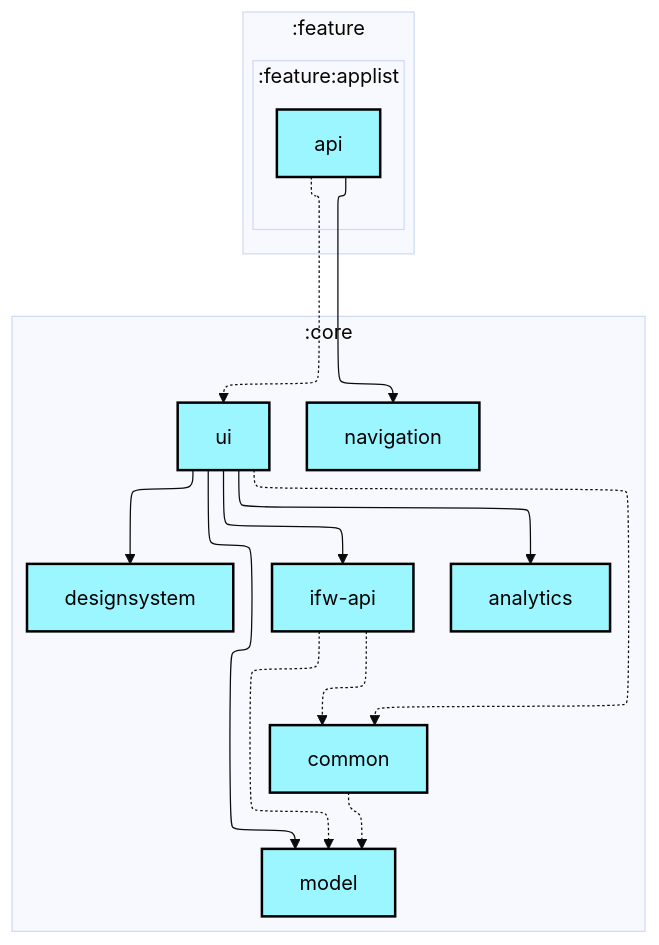
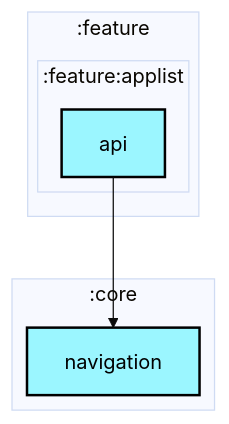
Before and after one commit to lihenggui/blocker: the first of 2 diagrams in feature/applist/api/README.md, drawn with Mermaid (base theme). The commit also changed 29 other files, not shown here.

First line of the commit message:
Update module dependency graphs after boundary cleanup

````diff
--- a/feature/applist/api/README.md
+++ b/feature/applist/api/README.md
@@ -6,44 +6,29 @@
 ```mermaid
 ---
 config:
   layout: elk
   elk:
     nodePlacementStrategy: SIMPLE
 ---
 graph TB
   subgraph :feature
     direction TB
     subgraph :feature:applist
       direction TB
       :feature:applist:api[api]:::android-library
     end
   end
   subgraph :core
     direction TB
-    :core:analytics[analytics]:::android-library
-    :core:common[common]:::android-library
-    :core:designsystem[designsystem]:::android-library
-    :core:ifw-api[ifw-api]:::android-library
-    :core:model[model]:::android-library
     :core:navigation[navigation]:::android-library
-    :core:ui[ui]:::android-library
   end
 
-  :core:common -.-> :core:model
-  :core:ifw-api -.-> :core:common
-  :core:ifw-api -.-> :core:model
-  :core:ui --> :core:analytics
-  :core:ui -.-> :core:common
-  :core:ui --> :core:designsystem
-  :core:ui --> :core:ifw-api
-  :core:ui --> :core:model
   :feature:applist:api --> :core:navigation
-  :feature:applist:api -.-> :core:ui
 
 classDef android-application fill:#CAFFBF,stroke:#000,stroke-width:2px,color:#000;
 classDef android-feature fill:#FFD6A5,stroke:#000,stroke-width:2px,color:#000;
 classDef android-library fill:#9BF6FF,stroke:#000,stroke-width:2px,color:#000;
 classDef android-test fill:#A0C4FF,stroke:#000,stroke-width:2px,color:#000;
 classDef jvm-library fill:#BDB2FF,stroke:#000,stroke-width:2px,color:#000;
 classDef unknown fill:#FFADAD,stroke:#000,stroke-width:2px,color:#000;
 ```
````
